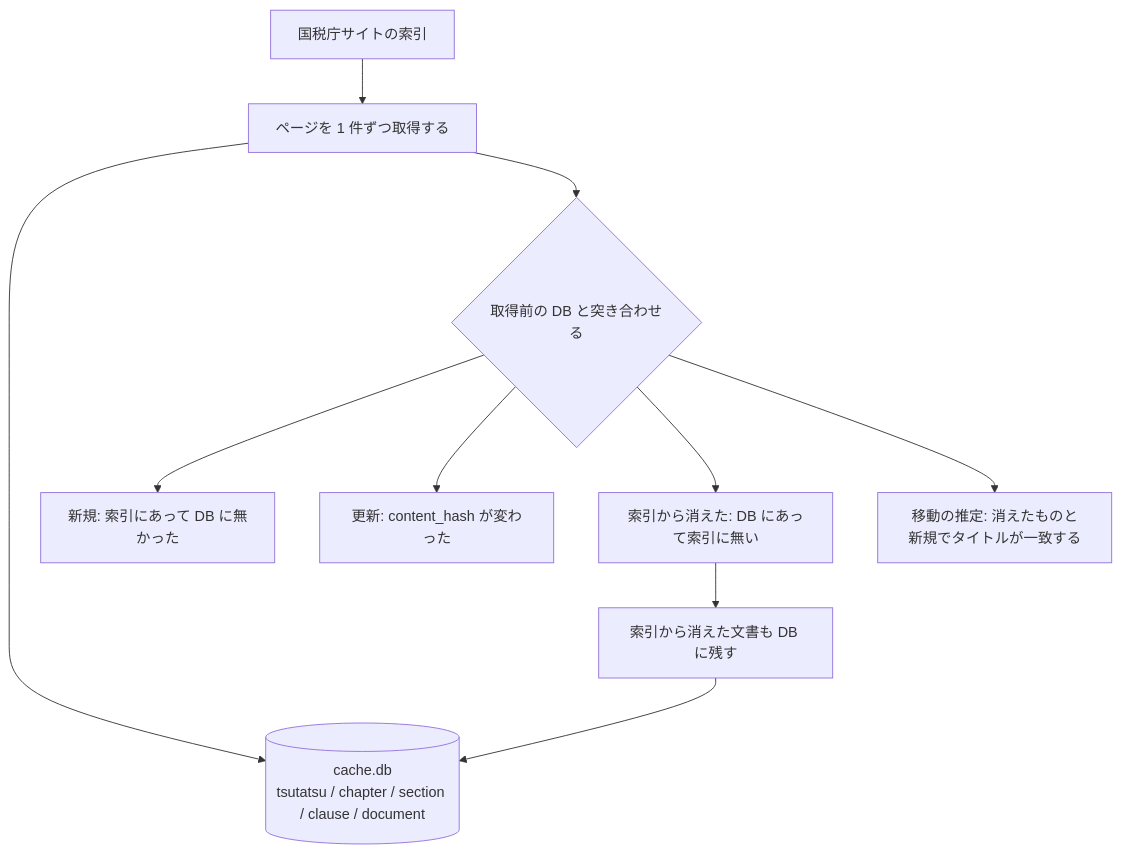
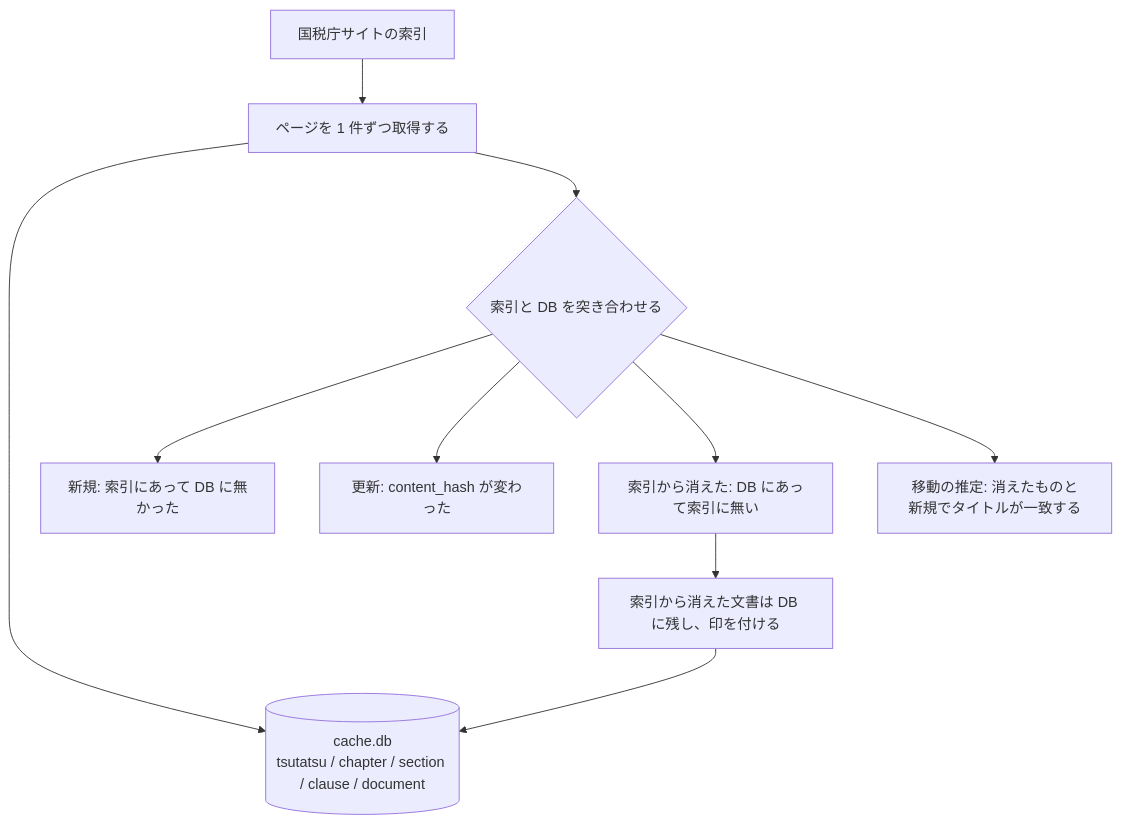
Before and after one commit to shuji-bonji/houki-hub: the diagram in site/docs/mcp/houki-nta.md, drawn with Mermaid. The commit also changed other lines of this file and 3 other files, not shown here.

````diff
--- a/site/docs/mcp/houki-nta.md
+++ b/site/docs/mcp/houki-nta.md
@@ -210,22 +211,22 @@
 ```mermaid
 flowchart TB
   N["国税庁サイトの索引"]
   P["ページを 1 件ずつ取得する"]
   DB[("cache.db<br/>tsutatsu / chapter / section / clause / document")]
-  C{"取得前の DB と突き合わせる"}
+  C{"索引と DB を突き合わせる"}
   A["新規: 索引にあって DB に無かった"]
   B["更新: content_hash が変わった"]
   D["索引から消えた: DB にあって索引に無い"]
   E["移動の推定: 消えたものと新規でタイトルが一致する"]
-  R["索引から消えた文書も DB に残す"]
+  R["索引から消えた文書は DB に残し、印を付ける"]
 
   N --> P
   P --> DB
   P --> C
   C --> A
   C --> B
   C --> D
   C --> E
   D --> R
   R --> DB
 ```
````
